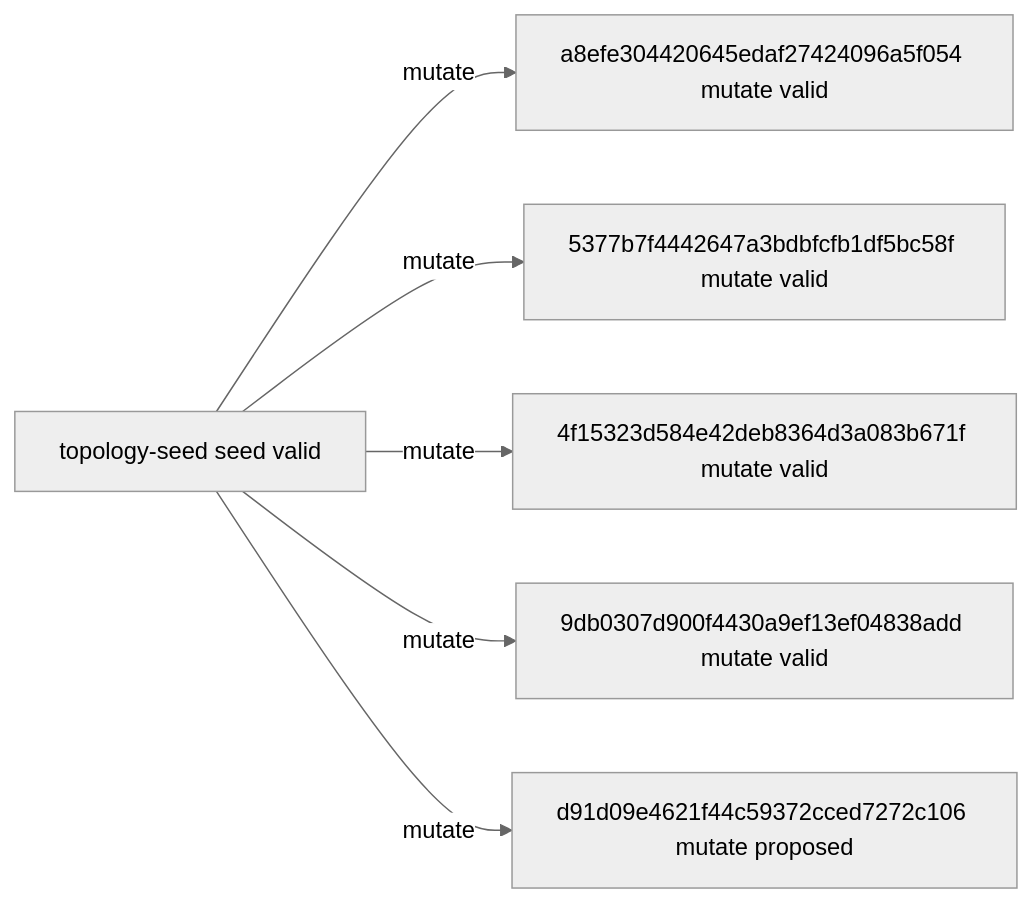
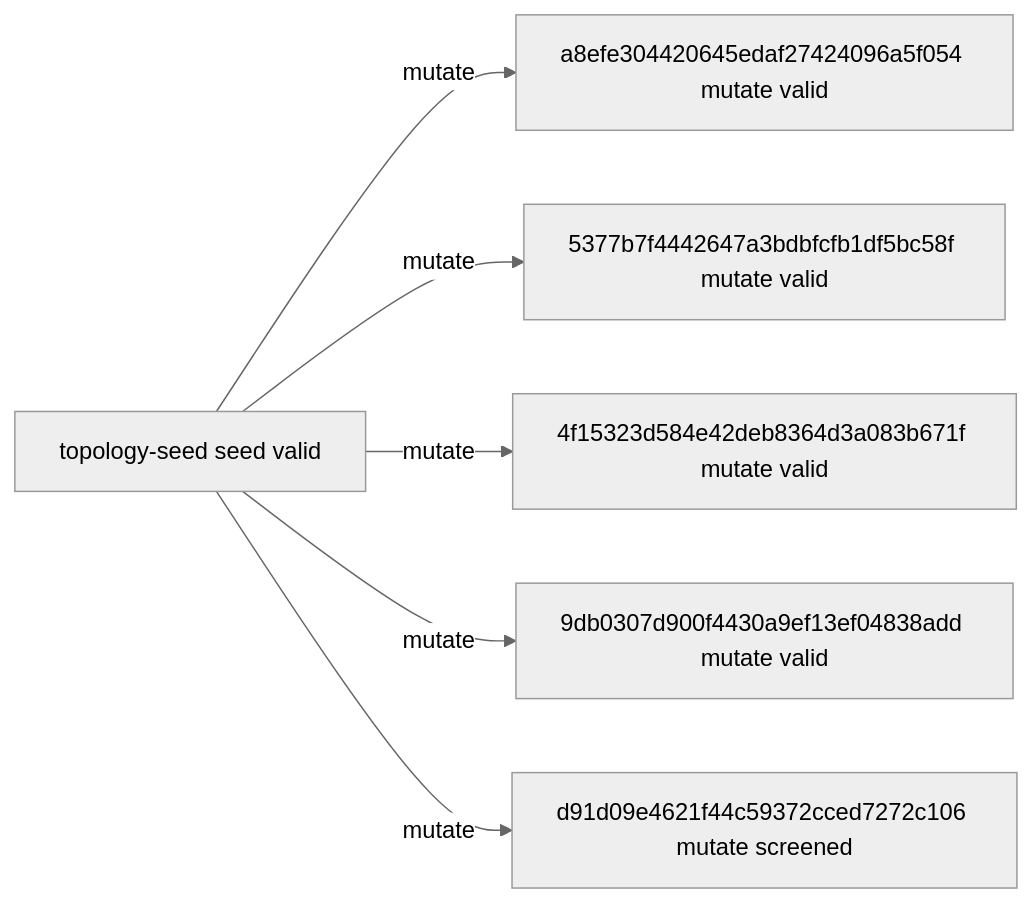
Before and after one commit to timbtz/feyer-search-lab: the diagram in experiments/campaigns/astra-group-numerical-v3/README.md, drawn with Mermaid (neutral theme). The commit also changed other lines of this file and 7 other files, not shown here.

````diff
--- a/experiments/campaigns/astra-group-numerical-v3/README.md
+++ b/experiments/campaigns/astra-group-numerical-v3/README.md
@@ -21,14 +21,14 @@
 ```mermaid
 graph LR
   n0["topology-seed seed valid"]
   n1["a8efe304420645edaf27424096a5f054 mutate valid"]
   n2["5377b7f4442647a3bdbfcfb1df5bc58f mutate valid"]
   n3["4f15323d584e42deb8364d3a083b671f mutate valid"]
   n4["9db0307d900f4430a9ef13ef04838add mutate valid"]
-  n5["d91d09e4621f44c59372cced7272c106 mutate proposed"]
+  n5["d91d09e4621f44c59372cced7272c106 mutate screened"]
   n0 -->|mutate| n1
   n0 -->|mutate| n2
   n0 -->|mutate| n3
   n0 -->|mutate| n4
   n0 -->|mutate| n5
 ```
````
